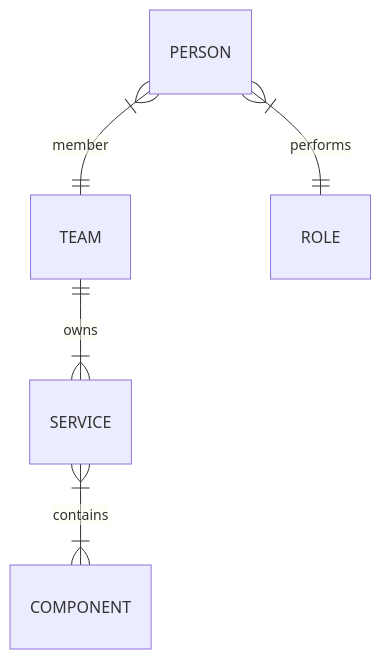
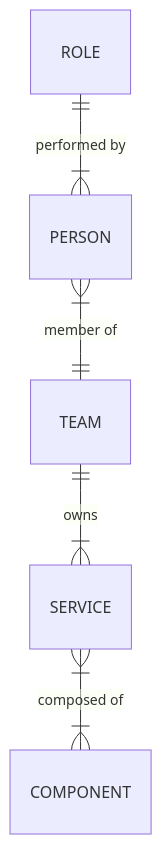
One commit to matthew-shaw/conflux changed the third of 3 diagrams in README.md. Above: the diagram before and after it, drawn with Mermaid.

Commit message:
tweak direction

````diff
--- a/README.md
+++ b/README.md
@@ -123,7 +123,7 @@
 ```mermaid
 erDiagram
-    PERSON }|--|| TEAM : member
+    ROLE ||--|{ PERSON : "performed by"
+    PERSON }|--|| TEAM : "member of"
     TEAM ||--|{ SERVICE : owns
-    SERVICE }|--|{ COMPONENT : contains
-    PERSON }|--|| ROLE : performs
+    SERVICE }|--|{ COMPONENT : "composed of"
 ```
````
